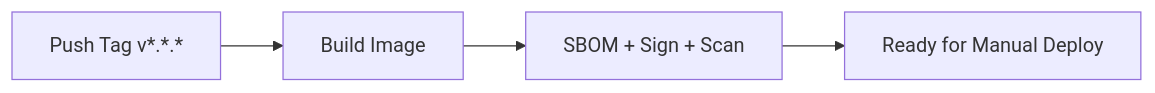
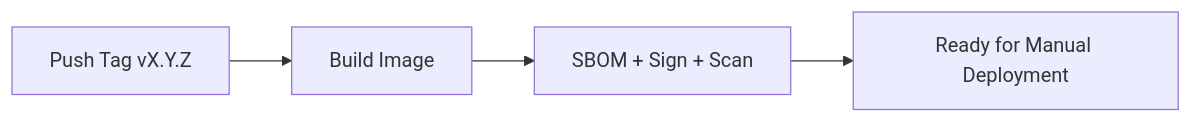
Before and after one commit to extosoft-devsecops/test-devops: the fourth of 5 diagrams in documents/03-DeploymentPipeline.md, drawn with Mermaid. The commit also changed other lines of this file, not shown here.

````diff
--- a/documents/03-DeploymentPipeline.md
+++ b/documents/03-DeploymentPipeline.md
@@ -176,6 +205,7 @@
 ```mermaid
 flowchart LR
-    T1[Push Tag v*.*.*] --> T2[Build Image]
+    T1[Push Tag vX.Y.Z] --> T2[Build Image]
     T2 --> T3[SBOM + Sign + Scan]
-    T3 --> T4[Ready for Manual Deploy]
+    T3 --> T4[Ready for Manual Deployment]
+
 ```
````
